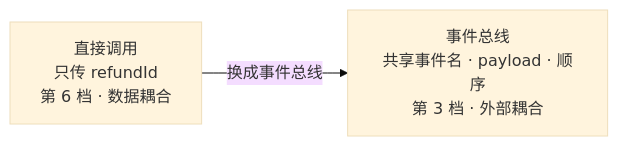
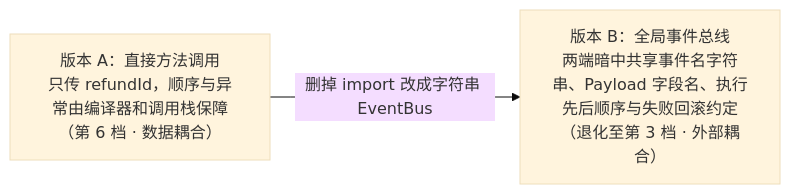
One commit to ffzz/blog changed the first of 2 diagrams in src/content/notes/zh/three-invisible-couplings.md. Above: the diagram before and after it, drawn with Mermaid (base theme). The commit also changed other lines of this file and 16 other files, not shown here.

````diff
--- a/src/content/notes/zh/three-invisible-couplings.md
+++ b/src/content/notes/zh/three-invisible-couplings.md
@@ -106,4 +134,4 @@
 ```mermaid
 flowchart LR
-   A["直接调用<br/>只传 refundId<br/>第 6 档 · 数据耦合"] -->|"换成事件总线"| B["事件总线<br/>共享事件名 · payload · 顺序<br/>第 3 档 · 外部耦合"]
+    A["版本 A：直接方法调用<br/>只传 refundId，顺序与异常由编译器和调用栈保障<br/>（第 6 档 · 数据耦合）"] -->|"删掉 import 改成字符串 EventBus"| B["版本 B：全局事件总线<br/>两端暗中共享事件名字符串、Payload 字段名、执行先后顺序与失败回滚约定<br/>（退化至第 3 档 · 外部耦合）"]
 ```
````
